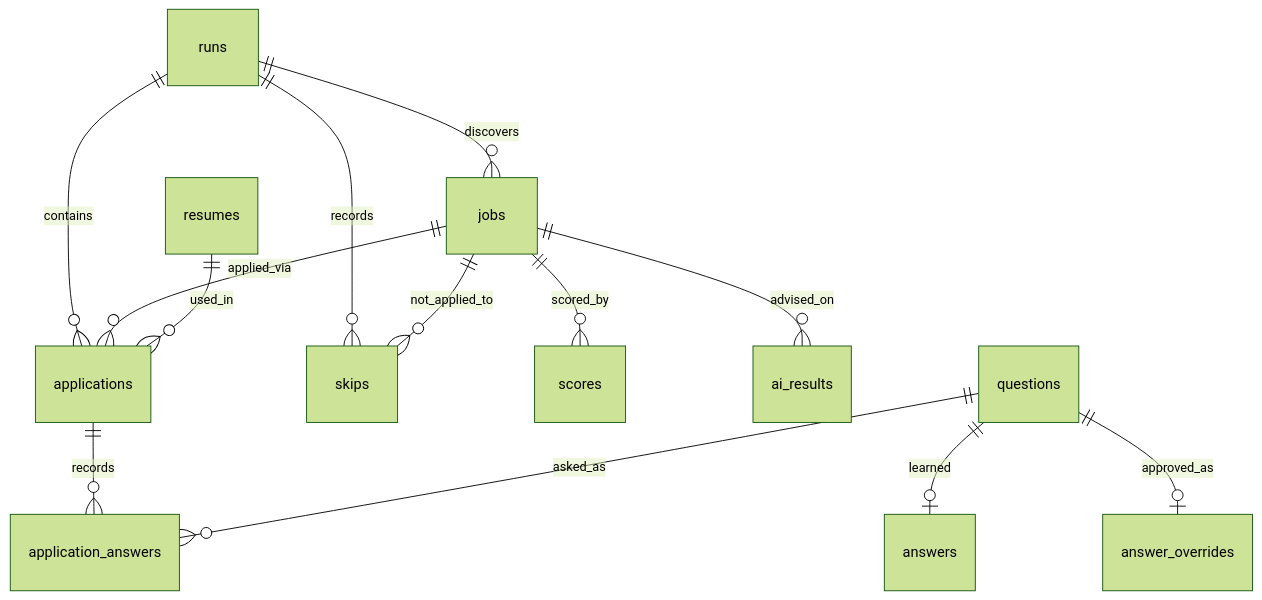
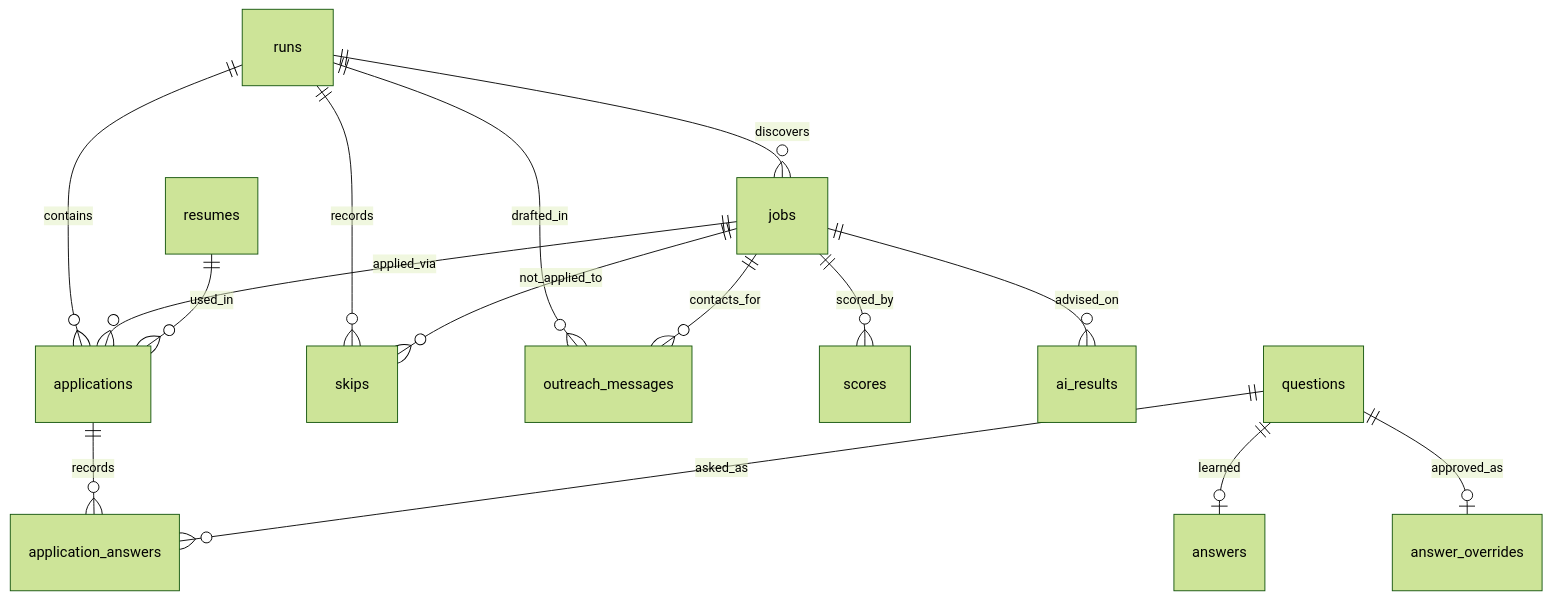
The diagram in docs/data-structures.md (Zanark/LinkedIn-EasyApply-Automaton), drawn with Mermaid (forest theme) before and after one commit. The commit also changed other lines of this file and 32 other files, not shown here.

````diff
--- a/docs/data-structures.md
+++ b/docs/data-structures.md
@@ -253,15 +253,17 @@
 ```mermaid
 erDiagram
     runs ||--o{ jobs : discovers
     runs ||--o{ applications : contains
     runs ||--o{ skips : records
+    runs ||--o{ outreach_messages : drafted_in
     jobs ||--o{ scores : scored_by
     jobs ||--o{ applications : applied_via
     jobs ||--o{ skips : not_applied_to
     jobs ||--o{ ai_results : advised_on
+    jobs ||--o{ outreach_messages : contacts_for
     resumes ||--o{ applications : used_in
     applications ||--o{ application_answers : records
     questions ||--o| answers : learned
     questions ||--o{ application_answers : asked_as
     questions ||--o| answer_overrides : approved_as
 ```
````
